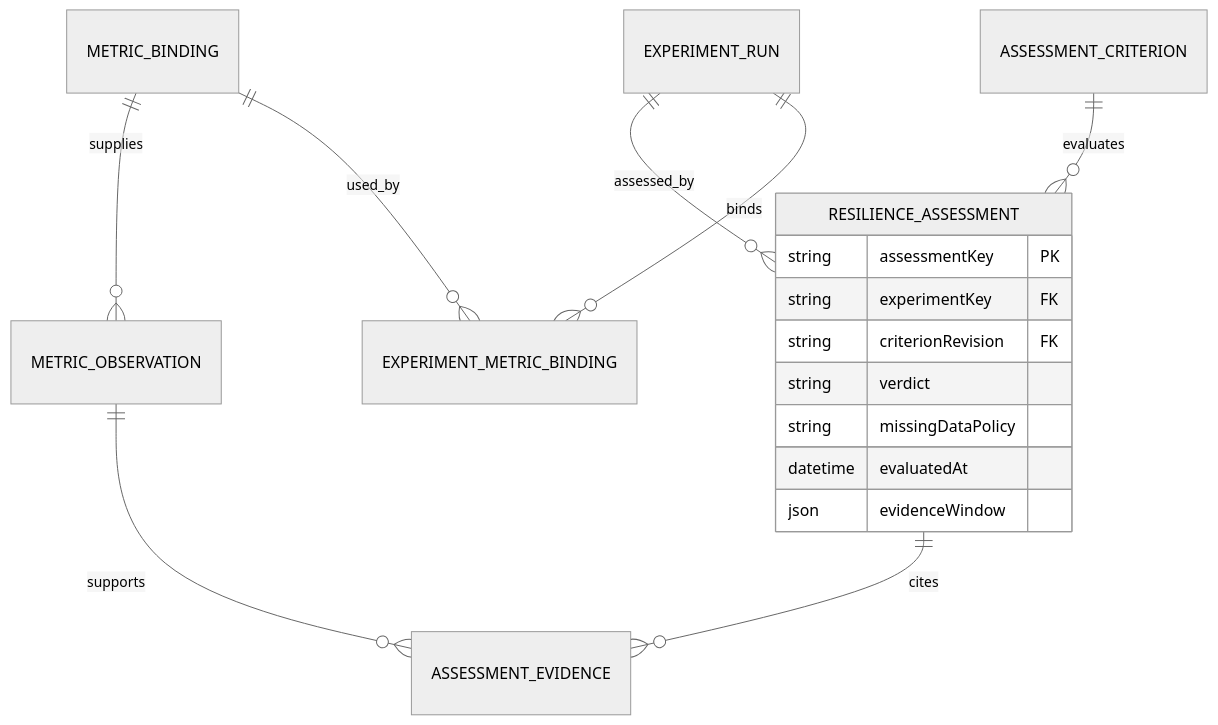
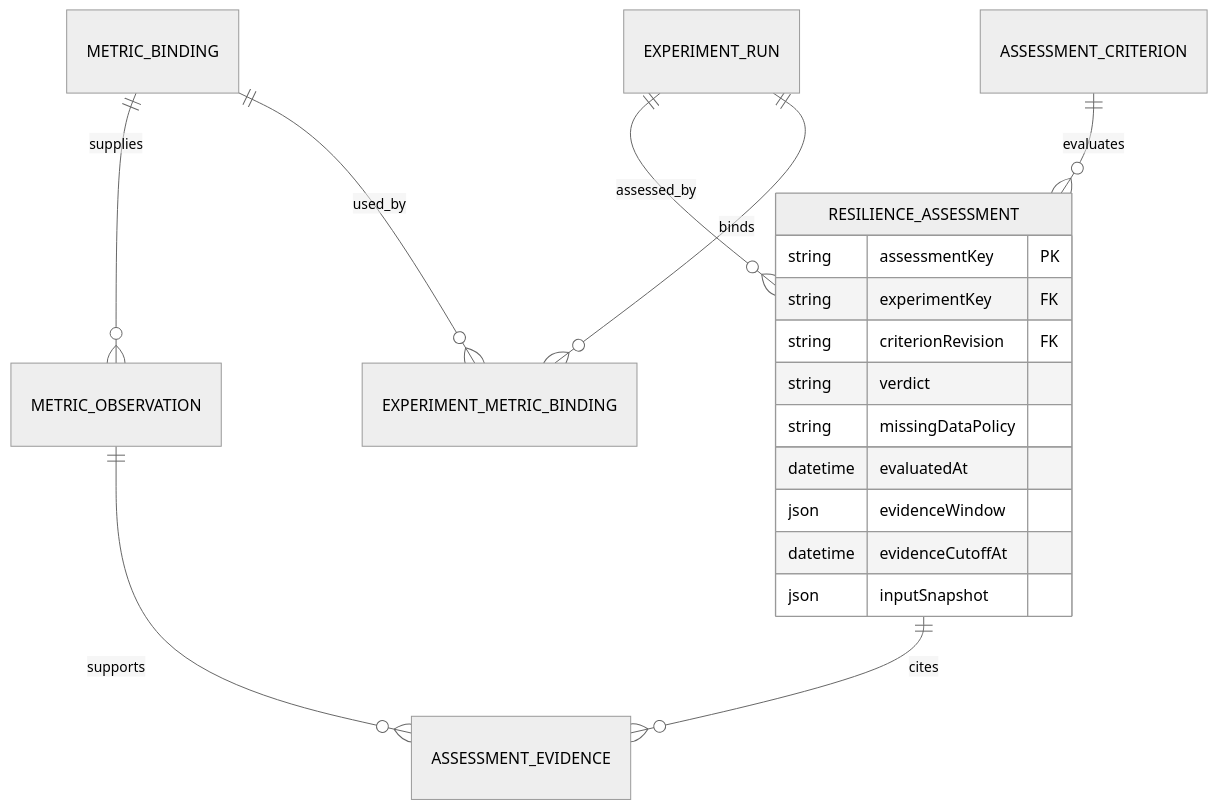
The diagram in aws/fis/analysis/diagrams/05_assessments.mmd (lyrel-dev/frontier-agents), drawn with Mermaid (neutral theme) before and after one commit. The commit also changed 41 other files, not shown here.

```diff
--- a/aws/fis/analysis/diagrams/05_assessments.mmd
+++ b/aws/fis/analysis/diagrams/05_assessments.mmd
@@ -1,18 +1,20 @@
 erDiagram
     direction TB
     EXPERIMENT_RUN ||--o{ EXPERIMENT_METRIC_BINDING : binds
     METRIC_BINDING ||--o{ EXPERIMENT_METRIC_BINDING : used_by
     METRIC_BINDING ||--o{ METRIC_OBSERVATION : supplies
     EXPERIMENT_RUN ||--o{ RESILIENCE_ASSESSMENT : assessed_by
     ASSESSMENT_CRITERION ||--o{ RESILIENCE_ASSESSMENT : evaluates
     RESILIENCE_ASSESSMENT ||--o{ ASSESSMENT_EVIDENCE : cites
     METRIC_OBSERVATION ||--o{ ASSESSMENT_EVIDENCE : supports
     RESILIENCE_ASSESSMENT {
         string assessmentKey PK
         string experimentKey FK
         string criterionRevision FK
         string verdict
         string missingDataPolicy
         datetime evaluatedAt
         json evidenceWindow
+        datetime evidenceCutoffAt
+        json inputSnapshot
     }
```
